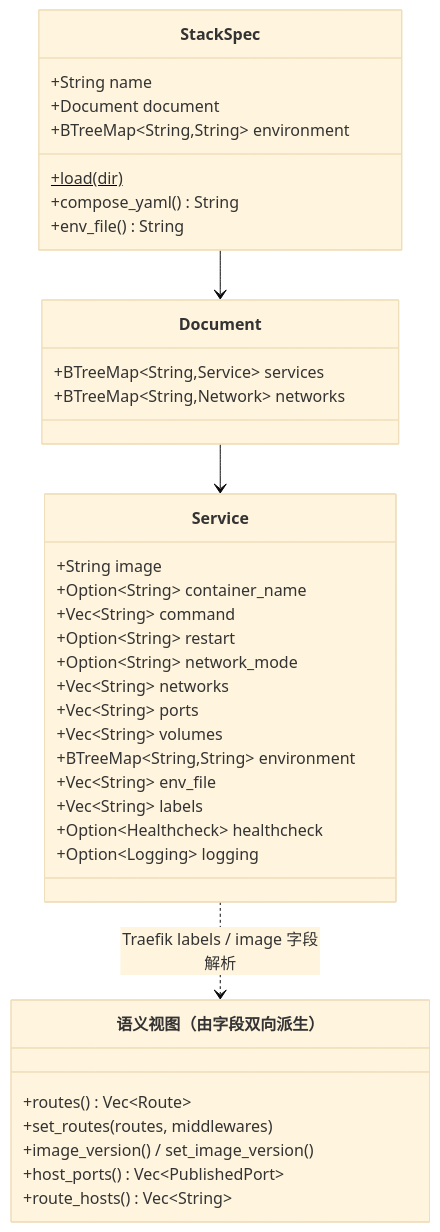
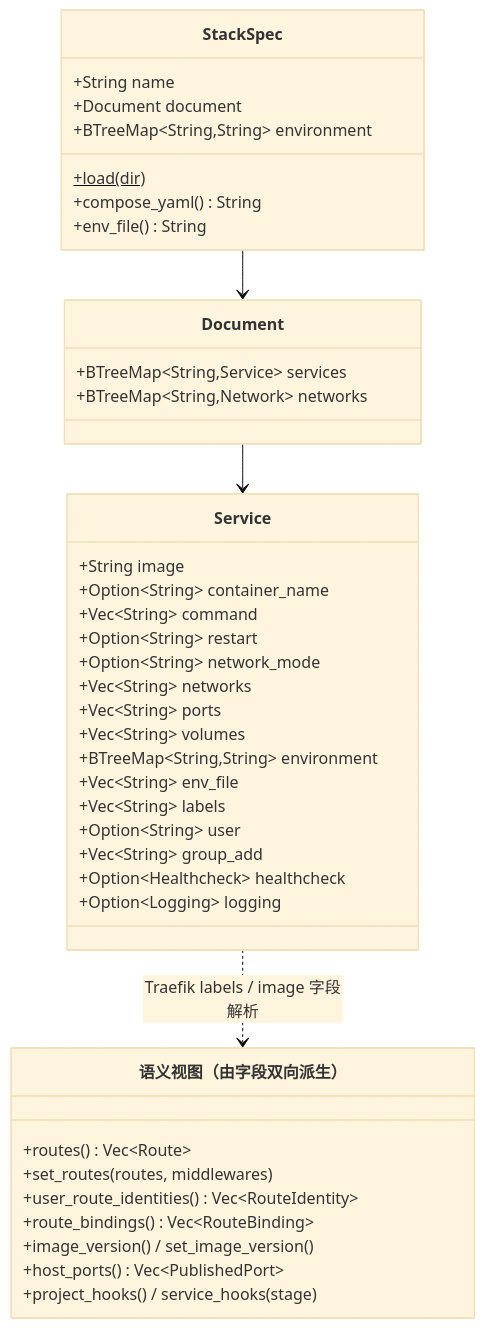
Before and after one commit to nihilityer/nsetup: the second of 4 diagrams in docs/ARCHITECTURE.md, drawn with Mermaid (base theme). The commit also changed other lines of this file and 39 other files, not shown here.

````diff
--- a/docs/ARCHITECTURE.md
+++ b/docs/ARCHITECTURE.md
@@ -33,41 +33,45 @@
 ```mermaid
 classDiagram
     class StackSpec {
         +String name
         +Document document
         +BTreeMap~String,String~ environment
         +load(dir)$
         +compose_yaml() String
         +env_file() String
     }
     class Document {
         +BTreeMap~String,Service~ services
         +BTreeMap~String,Network~ networks
     }
     class Service {
         +String image
         +Option~String~ container_name
         +Vec~String~ command
         +Option~String~ restart
         +Option~String~ network_mode
         +Vec~String~ networks
         +Vec~String~ ports
         +Vec~String~ volumes
         +BTreeMap~String,String~ environment
         +Vec~String~ env_file
         +Vec~String~ labels
+        +Option~String~ user
+        +Vec~String~ group_add
         +Option~Healthcheck~ healthcheck
         +Option~Logging~ logging
     }
     StackSpec --> Document
     Document --> Service
 
     class SemanticView["语义视图（由字段双向派生）"] {
         +routes() Vec~Route~
         +set_routes(routes, middlewares)
+        +user_route_identities() Vec~RouteIdentity~
+        +route_bindings() Vec~RouteBinding~
         +image_version() / set_image_version()
         +host_ports() Vec~PublishedPort~
-        +route_hosts() Vec~String~
+        +project_hooks() / service_hooks(stage)
     }
     Service ..> SemanticView : Traefik labels / image 字段解析
 ```
````
